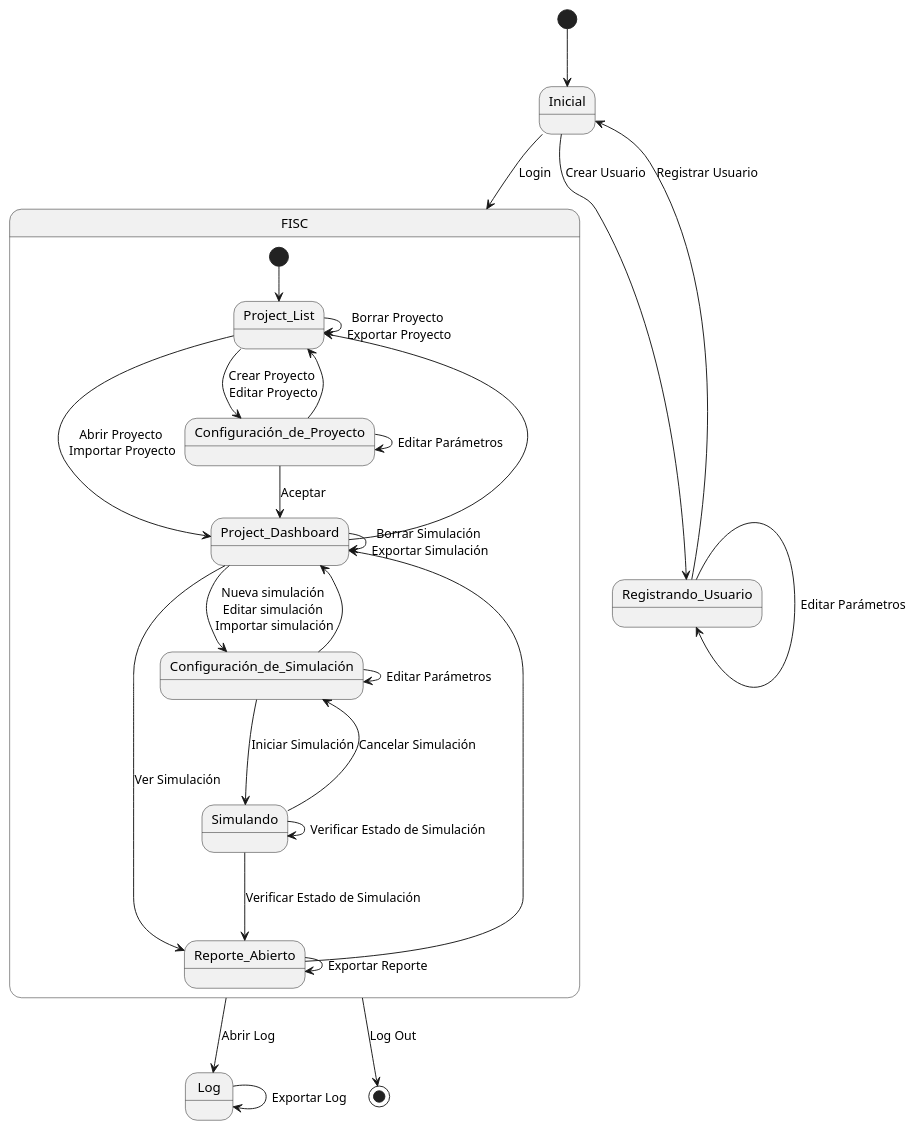
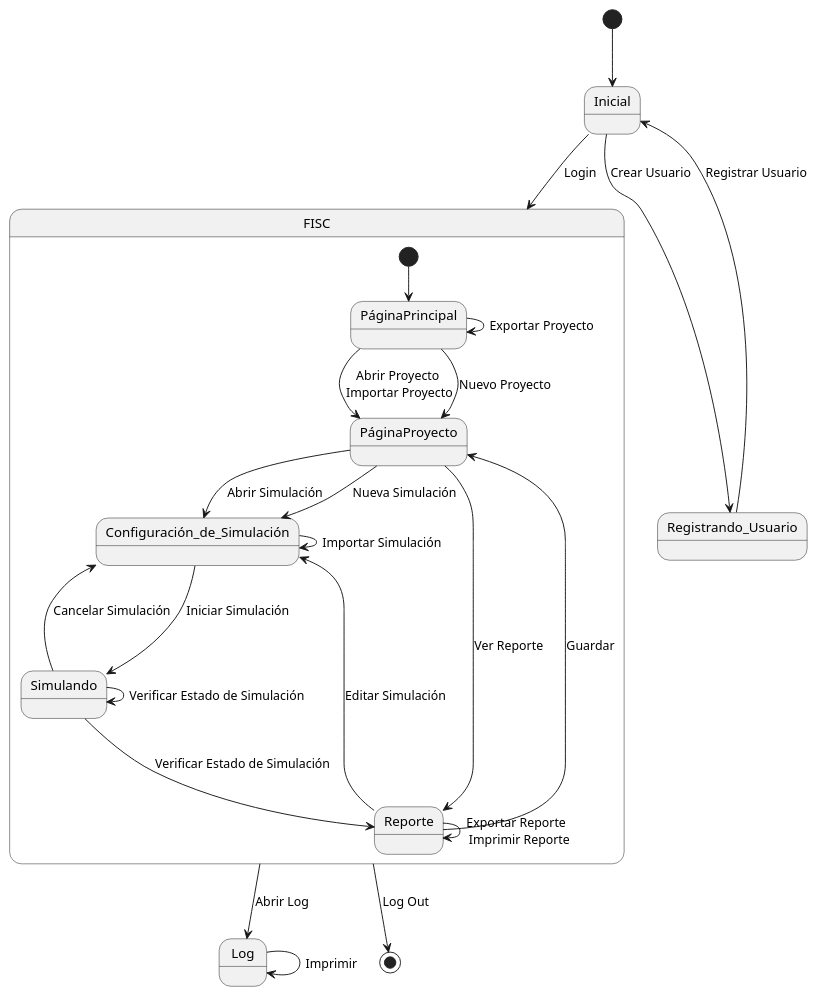
One commit to mmasias/23-24-IdSw1-SDR changed the diagram in casosDeUso/diagramaContexto.puml. Above: the diagram before and after it, drawn with PlantUML. The commit also changed 9 other files, not shown here.

Commit message:
arreglos diagrama de contexto

```diff
--- a/casosDeUso/diagramaContexto.puml
+++ b/casosDeUso/diagramaContexto.puml
@@ -1,41 +1,37 @@
 @startuml
+
 [*] --> Inicial
 
 Inicial -d-> FISC : Login
 Inicial -d-> Registrando_Usuario : Crear Usuario
 
 Registrando_Usuario -d-> Inicial: Registrar Usuario
-Registrando_Usuario ---> Registrando_Usuario: Editar Parámetros
 
 State FISC {
-[*] --> Project_List
+[*] --> PáginaPrincipal 
 
-Project_List -d-> Project_Dashboard: Abrir Proyecto \nImportar Proyecto
-Project_List -d-> Configuración_de_Proyecto: Crear Proyecto \nEditar Proyecto
-Project_List -d-> Project_List: Borrar Proyecto \nExportar Proyecto
+PáginaPrincipal -d-> PáginaProyecto : Abrir Proyecto \nImportar Proyecto
+PáginaPrincipal -d-> PáginaProyecto : Nuevo Proyecto 
+PáginaPrincipal -d-> PáginaPrincipal : Exportar Proyecto
 
-Configuración_de_Proyecto -d-> Project_Dashboard: Aceptar
-Configuración_de_Proyecto -d-> Project_List
-Configuración_de_Proyecto ---> Configuración_de_Proyecto: Editar Parámetros
+PáginaProyecto -d-> Configuración_de_Simulación: Abrir Simulación
+PáginaProyecto -d-> Configuración_de_Simulación : Nueva Simulación
+PáginaProyecto ---> Reporte: Ver Reporte
 
-Project_Dashboard -d-> Project_List
-Project_Dashboard -d-> Reporte_Abierto: Ver Simulación
-Project_Dashboard -d-> Configuración_de_Simulación: Nueva simulación \nEditar simulación \nImportar simulación 
-Project_Dashboard ---> Project_Dashboard: Borrar Simulación \nExportar Simulación
-
-Configuración_de_Simulación -d-> Project_Dashboard
-Configuración_de_Simulación -d-> Configuración_de_Simulación: Editar Parámetros
-Configuración_de_Simulación -d-> Simulando: Iniciar Simulación
+Configuración_de_Simulación -d-> Simulando : Iniciar Simulación
+Configuración_de_Simulación -d-> Configuración_de_Simulación : Importar Simulación 
 
 Simulando ---> Configuración_de_Simulación: Cancelar Simulación
 Simulando ---> Simulando: Verificar Estado de Simulación
-Simulando ---> Reporte_Abierto: Verificar Estado de Simulación
+Simulando ---> Reporte : Verificar Estado de Simulación
 
-Reporte_Abierto -d-> Reporte_Abierto: Exportar Reporte
-Reporte_Abierto -d-> Project_Dashboard
+Reporte -d-> Reporte : Exportar Reporte \n Imprimir Reporte
+Reporte -d-> PáginaProyecto : Guardar
+Reporte -d-> Configuración_de_Simulación : Editar Simulación
 }
 
-Log ---> Log: Exportar Log
+Log ---> Log: Imprimir
 FISC -d-> Log: Abrir Log
 FISC --> [*]: Log Out
+
 @enduml
```
